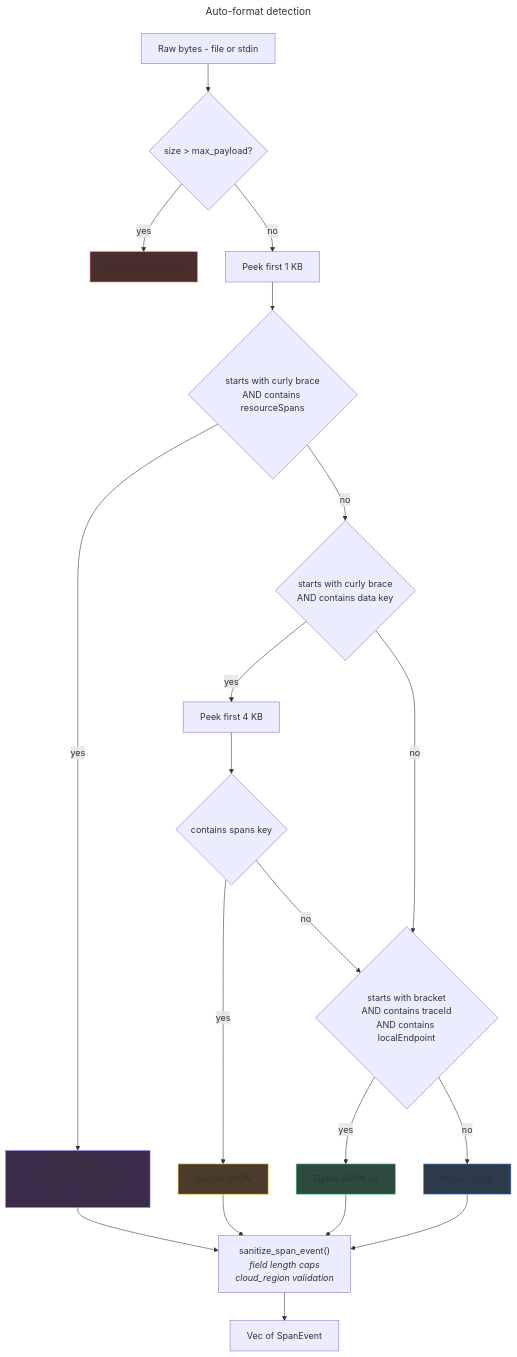
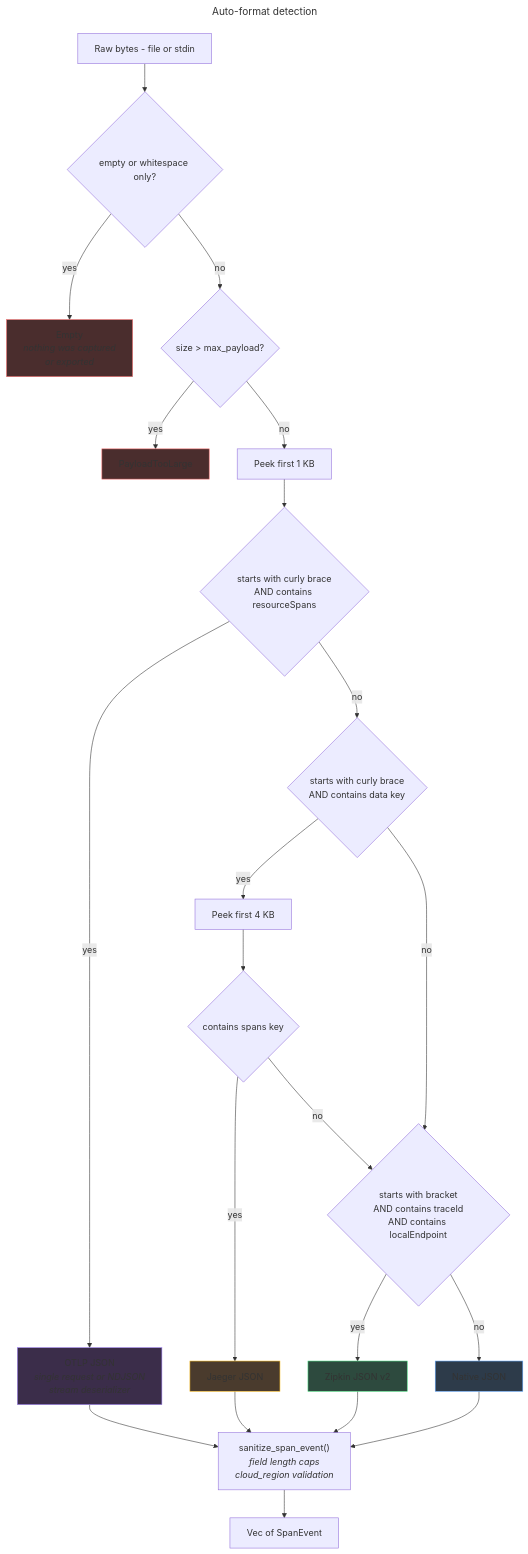
Before and after one commit to robintra/perf-sentinel: the diagram in docs/diagrams/mmd/ingestion.mmd, drawn with Mermaid. The commit also changed 2 other files, not shown here.

Commit message:
docs(diagrams): add capture to the command map and the empty-input branch

```diff
--- a/docs/diagrams/mmd/ingestion.mmd
+++ b/docs/diagrams/mmd/ingestion.mmd
@@ -1,53 +1,58 @@
 ---
 title: Auto-format detection
 ---
 flowchart TD
     raw["Raw bytes - file or stdin"]
+    empty{"empty or whitespace only?"}
+    reject_empty["Empty<br/><i>nothing was captured<br/>or exported</i>"]
     size{"size > max_payload?"}
     reject["PayloadTooLarge"]
 
     peek["Peek first 1 KB"]
 
     otlp_check{"starts with curly brace\nAND contains resourceSpans"}
 
     obj_check{"starts with curly brace\nAND contains data key"}
     deeper["Peek first 4 KB"]
     spans_check{"contains spans key"}
 
     zipkin_check{"starts with bracket\nAND contains traceId\nAND contains localEndpoint"}
 
     otlp_parse["OTLP JSON<br/><i>single request or NDJSON<br/>stream deserializer</i>"]
     jaeger_parse["Jaeger JSON"]
     zipkin_parse["Zipkin JSON v2"]
     native_parse["Native JSON"]
 
     sanitize["sanitize_span_event()<br/><i>field length caps<br/>cloud_region validation</i>"]
 
     output["Vec of SpanEvent"]
 
-    raw --> size
+    raw --> empty
+    empty -- "yes" --> reject_empty
+    empty -- "no" --> size
     size -- "yes" --> reject
     size -- "no" --> peek
 
     peek --> otlp_check
     otlp_check -- "yes" --> otlp_parse
     otlp_check -- "no" --> obj_check
     obj_check -- "yes" --> deeper
     deeper --> spans_check
     spans_check -- "yes" --> jaeger_parse
     spans_check -- "no" --> zipkin_check
     obj_check -- "no" --> zipkin_check
     zipkin_check -- "yes" --> zipkin_parse
     zipkin_check -- "no" --> native_parse
 
     otlp_parse --> sanitize
     jaeger_parse --> sanitize
     zipkin_parse --> sanitize
     native_parse --> sanitize
     sanitize --> output
 
     style reject fill:#4a2d2d,stroke:#f87171
+    style reject_empty fill:#4a2d2d,stroke:#f87171
     style otlp_parse fill:#3b2d4a,stroke:#a78bfa
     style jaeger_parse fill:#4a3b2d,stroke:#fbbf24
     style zipkin_parse fill:#2d4a3e,stroke:#4ade80
     style native_parse fill:#2d3b4a,stroke:#60a5fa
```
